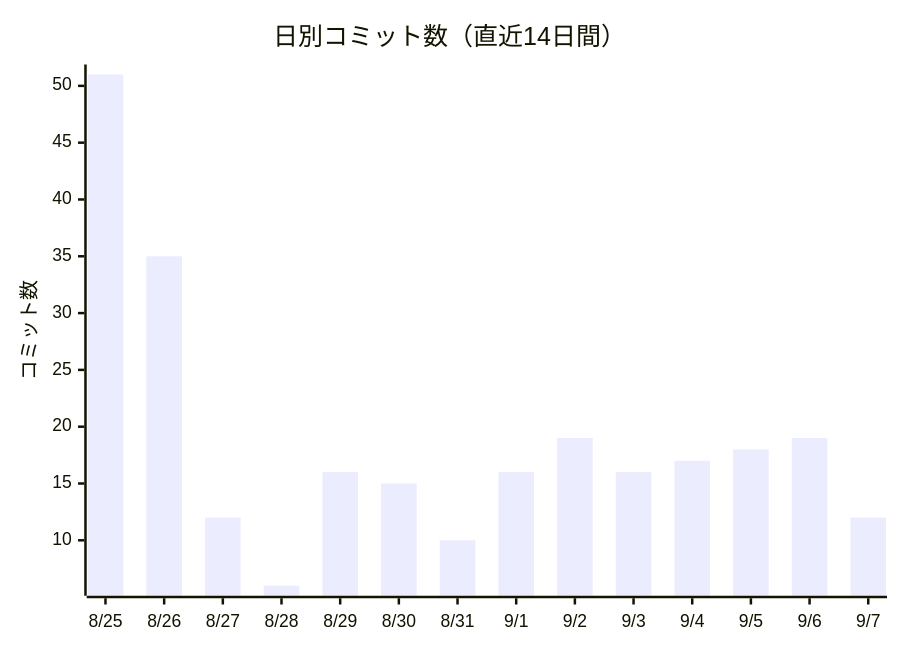
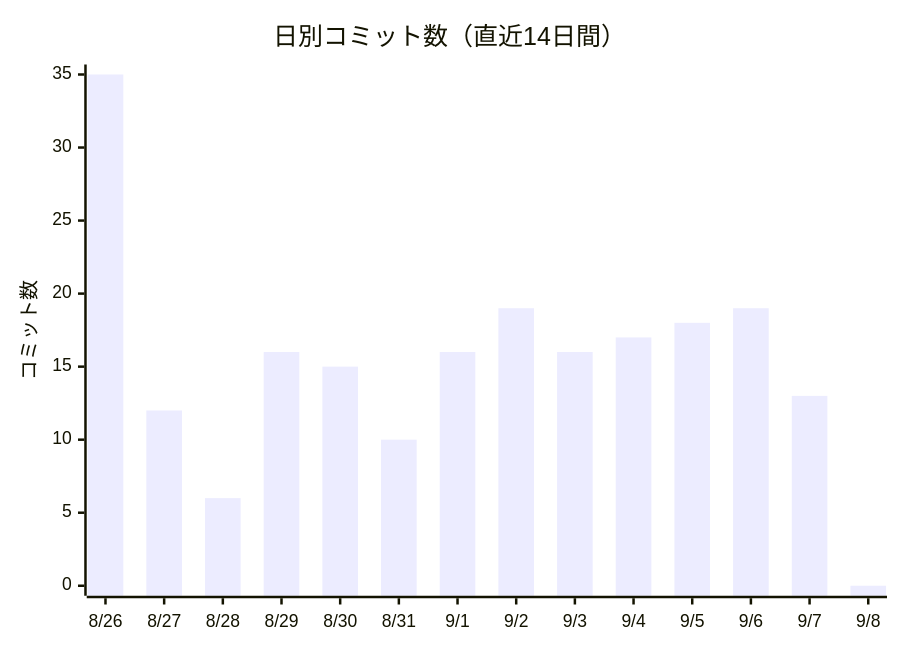
The first of 2 diagrams in docs/進化レポート.md (non-x2/non-x2), drawn with Mermaid before and after one commit. The commit also changed other lines of this file and 3 other files, not shown here.

````diff
--- a/docs/進化レポート.md
+++ b/docs/進化レポート.md
@@ -23,7 +23,7 @@
 ```mermaid
 xychart-beta
     title "日別コミット数（直近14日間）"
-    x-axis ["8/25", "8/26", "8/27", "8/28", "8/29", "8/30", "8/31", "9/1", "9/2", "9/3", "9/4", "9/5", "9/6", "9/7"]
+    x-axis ["8/26", "8/27", "8/28", "8/29", "8/30", "8/31", "9/1", "9/2", "9/3", "9/4", "9/5", "9/6", "9/7", "9/8"]
     y-axis "コミット数"
-    bar [51, 35, 12, 6, 16, 15, 10, 16, 19, 16, 17, 18, 19, 12]
+    bar [35, 12, 6, 16, 15, 10, 16, 19, 16, 17, 18, 19, 13, 0]
 ```
````
